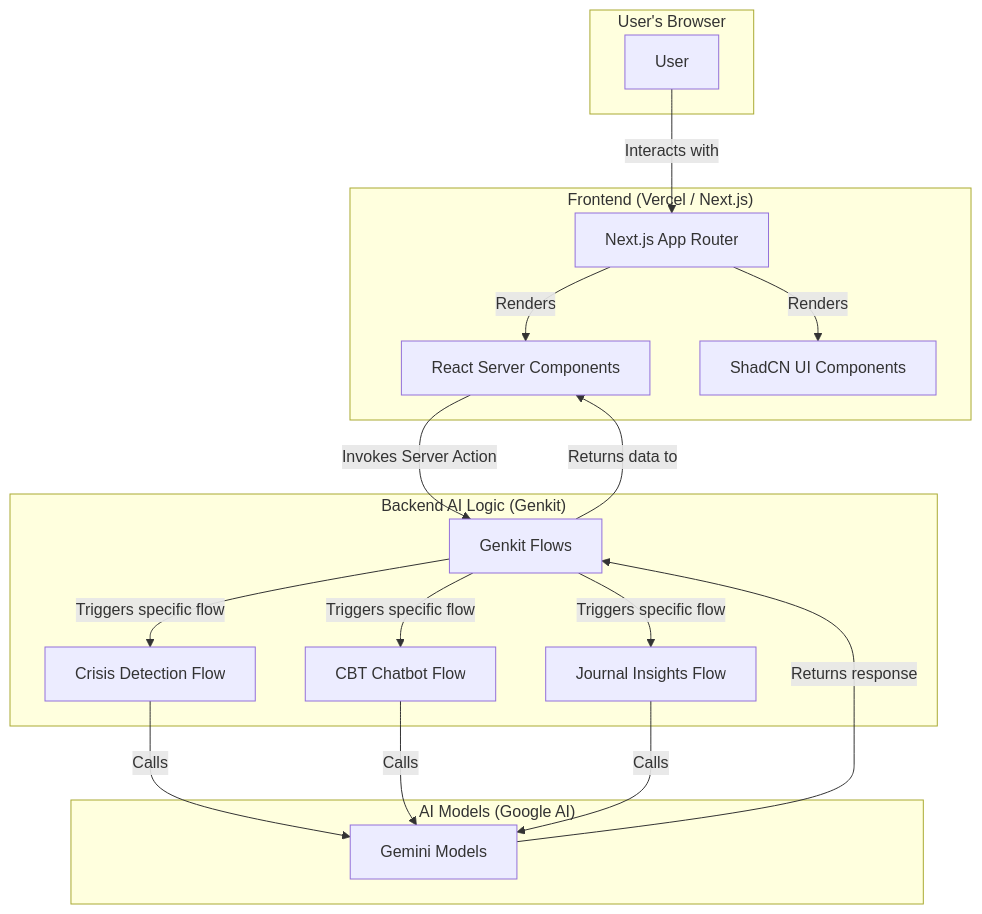
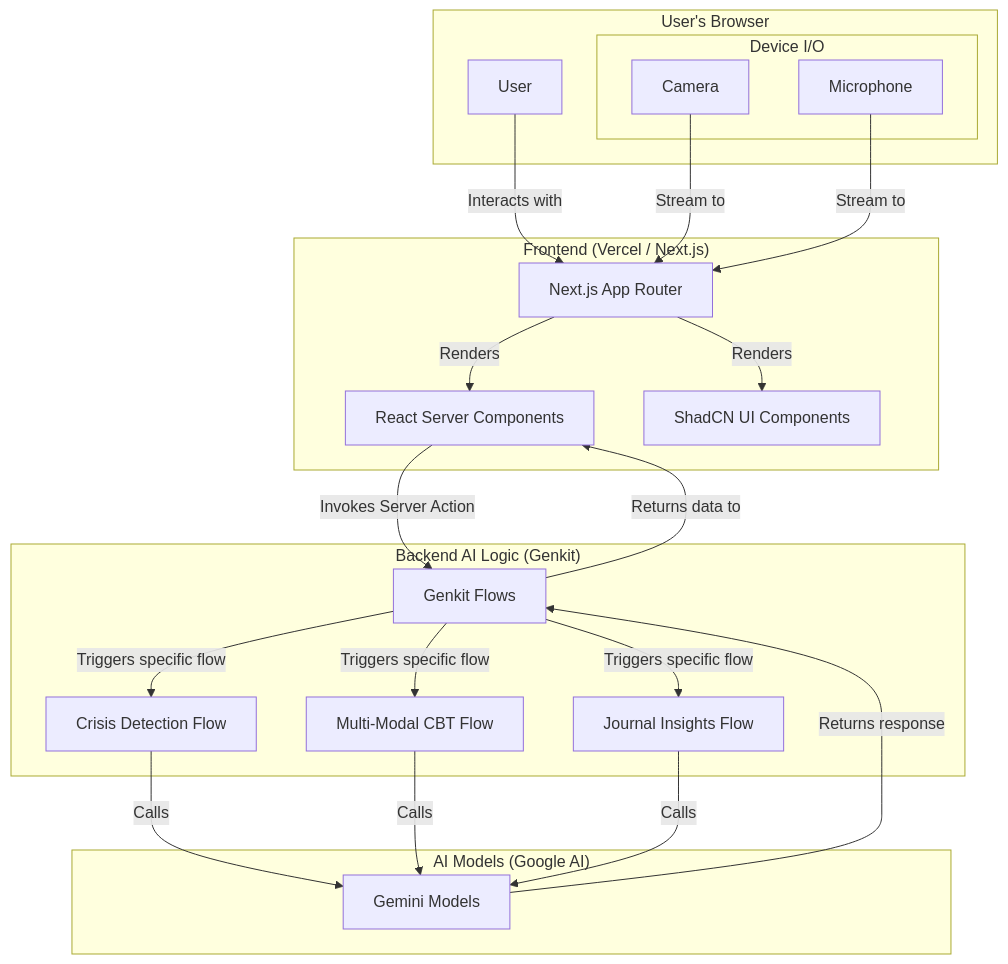
The first of 4 diagrams in README.md (Utpal-Kalita/Saarthi), drawn with Mermaid before and after one commit. The commit also changed other lines of this file and 2 other files, not shown here.

````diff
--- a/README.md
+++ b/README.md
@@ -47,35 +47,41 @@
 ```mermaid
 graph TD
     subgraph "User's Browser"
         A[User]
+        subgraph "Device I/O"
+            Cam[Camera]
+            Mic[Microphone]
+        end
     end
 
     subgraph "Frontend (Vercel / Next.js)"
         B[Next.js App Router]
         C[React Server Components]
         D[ShadCN UI Components]
     end
 
     subgraph "Backend AI Logic (Genkit)"
         E[Genkit Flows]
         F[Crisis Detection Flow]
-        G[CBT Chatbot Flow]
+        G[Multi-Modal CBT Flow]
         H[Journal Insights Flow]
     end
 
     subgraph "AI Models (Google AI)"
         I[Gemini Models]
     end
-
+    
     A -- Interacts with --> B
+    Cam -- Stream to --> B
+    Mic -- Stream to --> B
     B -- Renders --> C & D
     C -- Invokes Server Action --> E
     E -- Triggers specific flow --> F
     E -- Triggers specific flow --> G
     E -- Triggers specific flow --> H
     F -- Calls --> I
     G -- Calls --> I
     H -- Calls --> I
     I -- Returns response --> E
     E -- Returns data to --> C
 ```
````
